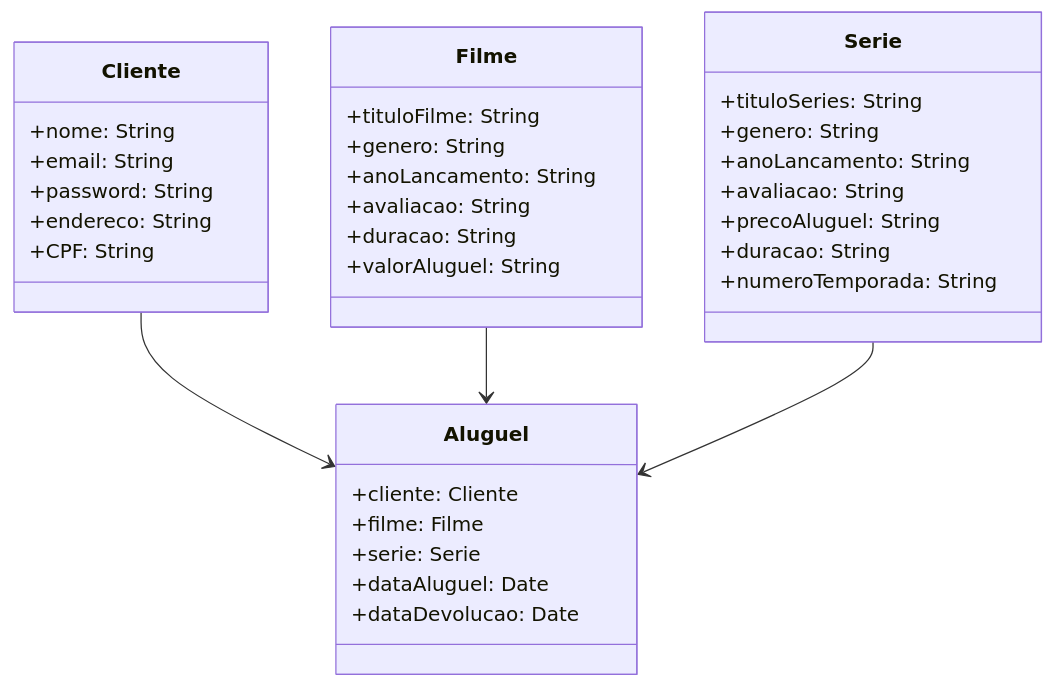
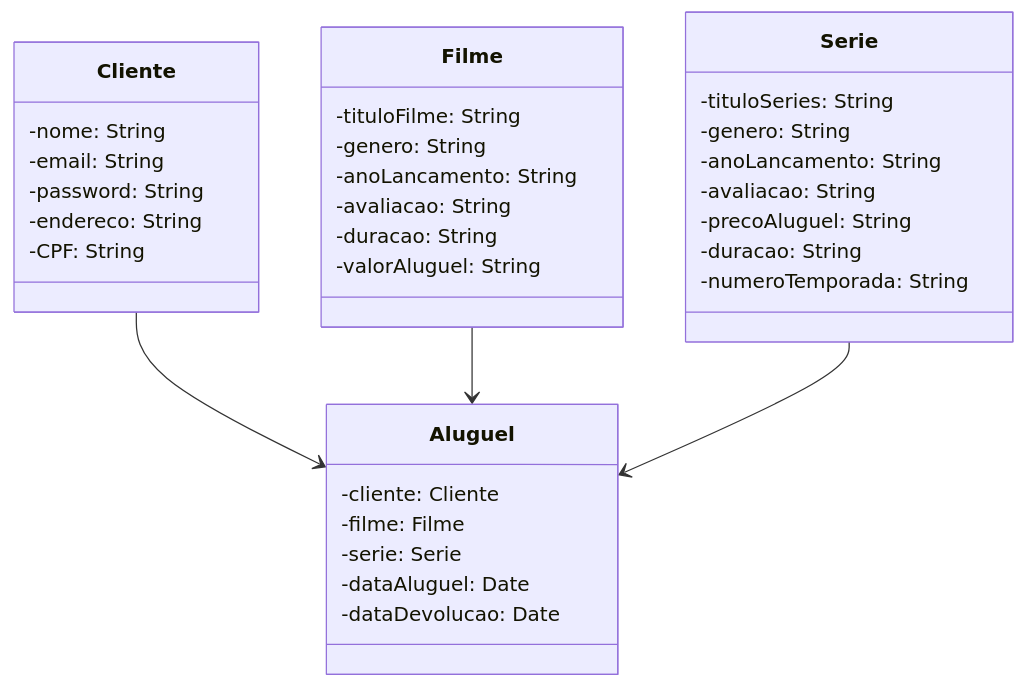
Before and after one commit to ooArthur/projetoLumierre_JavaWeb: the diagram in README.md, drawn with Mermaid.

````diff
--- a/README.md
+++ b/README.md
@@ -29,43 +29,43 @@
 ```mermaid
 classDiagram
   class Cliente {
-    +nome: String
-    +email: String
-    +password: String
-    +endereco: String
-    +CPF: String
+    -nome: String
+    -email: String
+    -password: String
+    -endereco: String
+    -CPF: String
   }
 
   class Filme {
-    +tituloFilme: String
-    +genero: String
-    +anoLancamento: String
-    +avaliacao: String
-    +duracao: String
-    +valorAluguel: String
+    -tituloFilme: String
+    -genero: String
+    -anoLancamento: String
+    -avaliacao: String
+    -duracao: String
+    -valorAluguel: String
   }
 
   class Serie {
-    +tituloSeries: String
-    +genero: String
-    +anoLancamento: String
-    +avaliacao: String
-    +precoAluguel: String
-    +duracao: String
-    +numeroTemporada: String
+    -tituloSeries: String
+    -genero: String
+    -anoLancamento: String
+    -avaliacao: String
+    -precoAluguel: String
+    -duracao: String
+    -numeroTemporada: String
   }
 
   class Aluguel {
-    +cliente: Cliente
-    +filme: Filme
-    +serie: Serie
-    +dataAluguel: Date
-    +dataDevolucao: Date
+    -cliente: Cliente
+    -filme: Filme
+    -serie: Serie
+    -dataAluguel: Date
+    -dataDevolucao: Date
   }
 
   Cliente --> Aluguel
   Filme --> Aluguel
   Serie --> Aluguel
 
 
 ```
````
